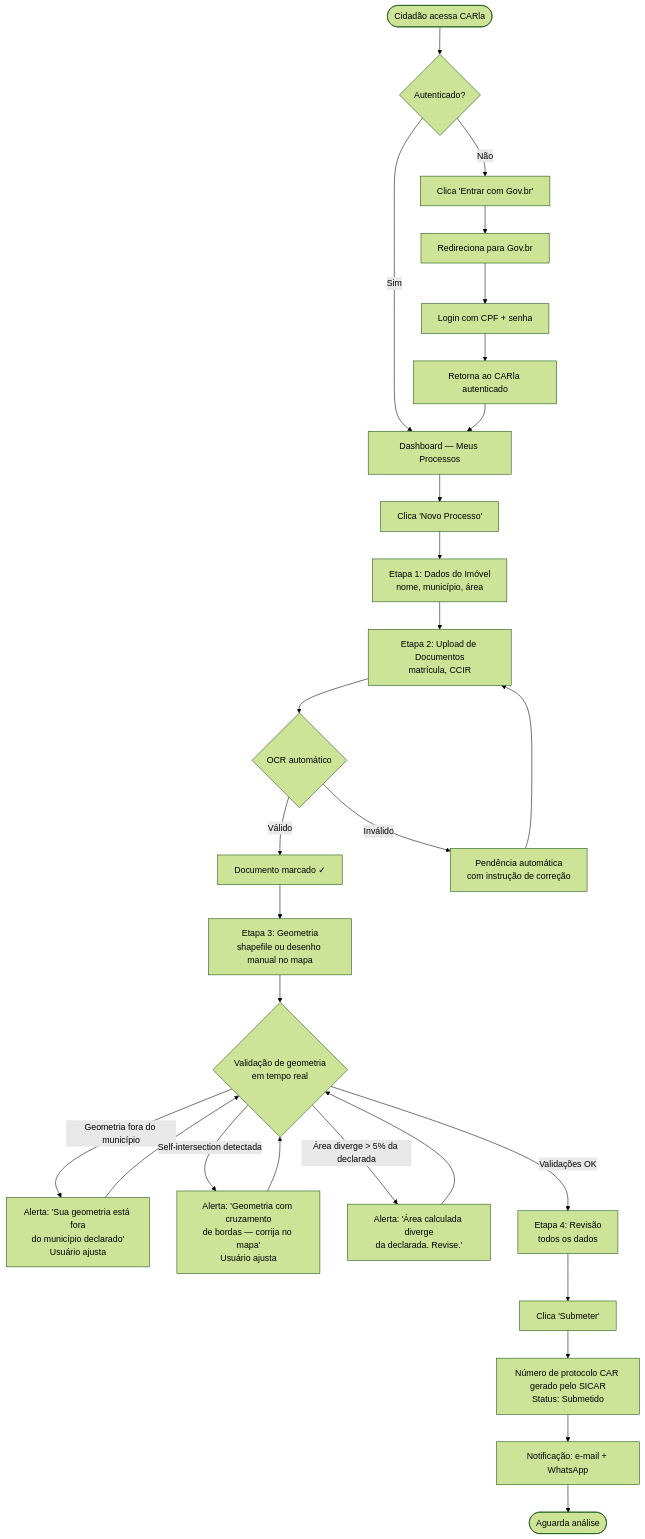
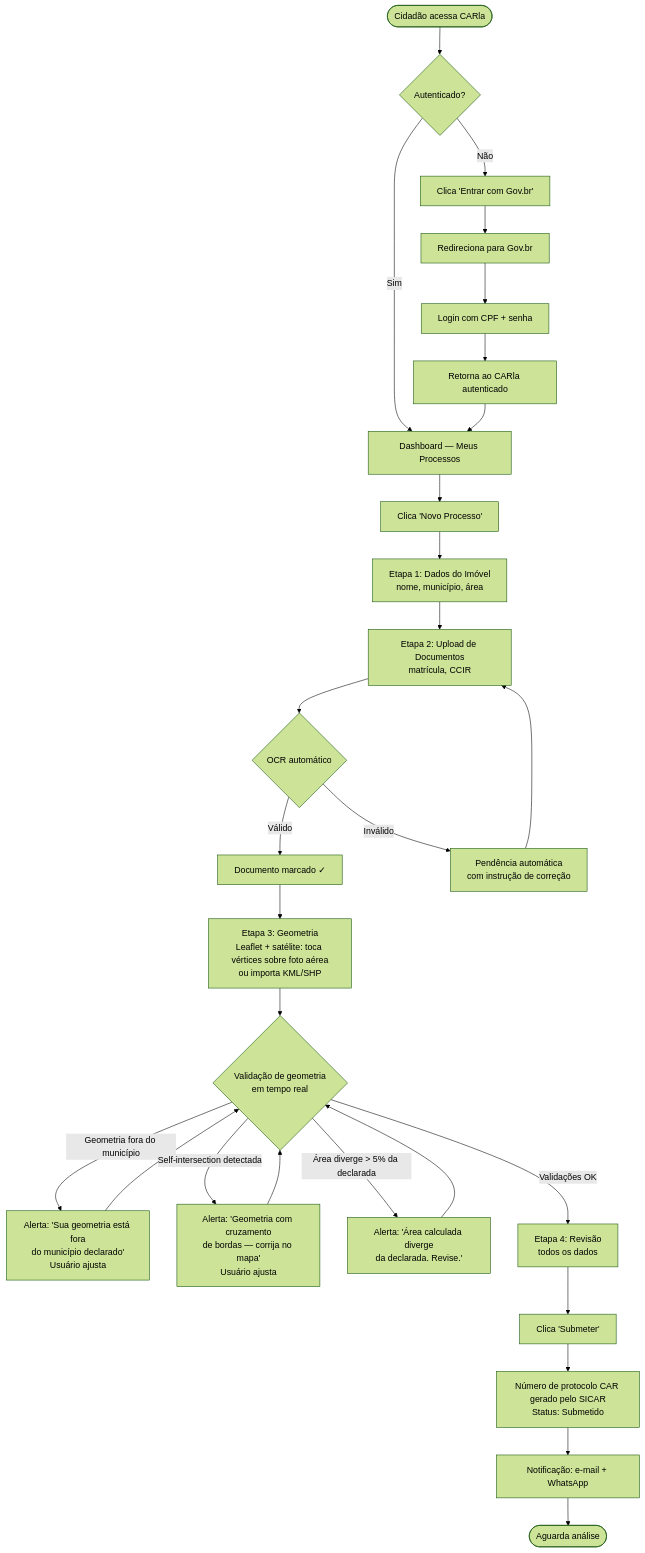
Before and after one commit to gresas/carla-cadastro-rural: the first of 2 diagrams in website/docs/design/fluxos/cidadao.md, drawn with Mermaid (forest theme). The commit also changed other lines of this file and 14 other files, not shown here.

First line of the commit message:
docs: reposicionamento estratégico, geometria Leaflet e remoção de 'consultor'

````diff
--- a/website/docs/design/fluxos/cidadao.md
+++ b/website/docs/design/fluxos/cidadao.md
@@ -16,32 +16,32 @@
 ```mermaid
 flowchart TD
     A([Cidadão acessa CARla]) --> B{Autenticado?}
     B -- Não --> C[Clica 'Entrar com Gov.br']
     C --> D[Redireciona para Gov.br]
     D --> E[Login com CPF + senha]
     E --> F[Retorna ao CARla autenticado]
     B -- Sim --> G
     F --> G[Dashboard — Meus Processos]
 
     G --> H[Clica 'Novo Processo']
     H --> I[Etapa 1: Dados do Imóvel\nnome, município, área]
     I --> J[Etapa 2: Upload de Documentos\nmatrícula, CCIR]
     J --> K{OCR automático}
     K -- Válido --> L[Documento marcado ✓]
     K -- Inválido --> M[Pendência automática\ncom instrução de correção]
     M --> J
 
-    L --> N[Etapa 3: Geometria\nshapefile ou desenho manual no mapa]
+    L --> N[Etapa 3: Geometria\nLeaflet + satélite: toca vértices sobre foto aérea\nou importa KML/SHP]
     N --> NA{Validação de geometria\nem tempo real}
     NA -- Geometria fora do município --> NB[Alerta: 'Sua geometria está fora\ndo município declarado'\nUsuário ajusta]
     NB --> NA
     NA -- Self-intersection detectada --> NC[Alerta: 'Geometria com cruzamento\nde bordas — corrija no mapa'\nUsuário ajusta]
     NC --> NA
     NA -- Área diverge > 5% da declarada --> ND[Alerta: 'Área calculada diverge\nda declarada. Revise.']
     ND --> NA
     NA -- Validações OK --> O[Etapa 4: Revisão\ntodos os dados]
     O --> P[Clica 'Submeter']
     P --> Q[Número de protocolo CAR gerado pelo SICAR\nStatus: Submetido]
     Q --> R[Notificação: e-mail + WhatsApp]
     R --> S([Aguarda análise])
 ```
````
